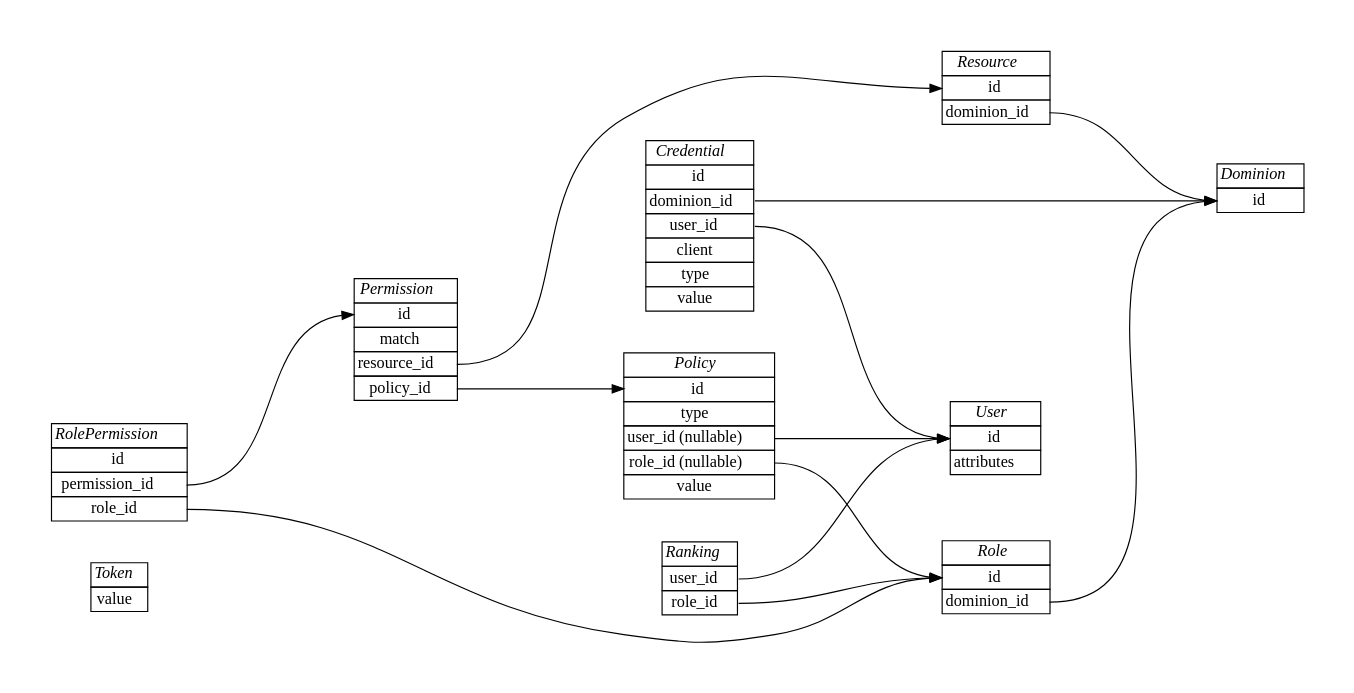
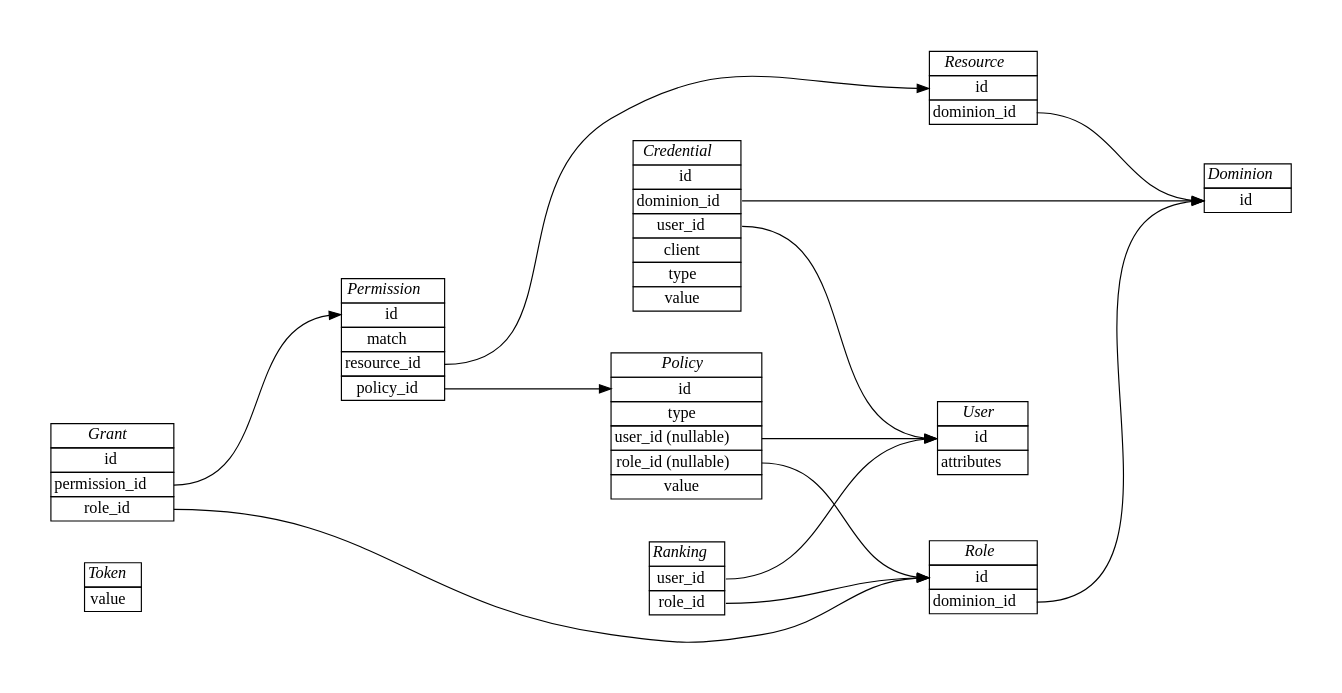
The diagram in docs/architecture/domain.rst (knowark/authark), drawn with Graphviz before and after one commit. The commit also changed 1 other file, not shown here.

Commit message:
Rename RolePermission to Grant in docs

```diff
--- a/docs/architecture/domain.rst
+++ b/docs/architecture/domain.rst
@@ -83,9 +83,9 @@
     <tr><td port="policy_id">policy_id</td></tr> 
     </table>>];
 
-    RolePermission [label=<
+    Grant [label=<
     <table border="0" cellborder="1" cellspacing="0">
-    <tr><td><i>RolePermission</i></td></tr>
+    <tr><td><i>Grant</i></td></tr>
     <tr><td port="id">id</td></tr>
     <tr><td port="permission_id">permission_id</td></tr>
     <tr><td port="role_id">role_id</td></tr> 
@@ -99,8 +99,8 @@
     Resource:dominion_id -> Dominion:id;
     Permission:resource_id -> Resource:id; 
     Permission:policy_id -> Policy:id;
-    RolePermission:role_id -> Role:id;
-    RolePermission:permission_id -> Permission:id;
+    Grant:role_id -> Role:id;
+    Grant:permission_id -> Permission:id;
     Policy:user_id -> User:id;
     Policy:role_id -> Role:id;
     }
```
